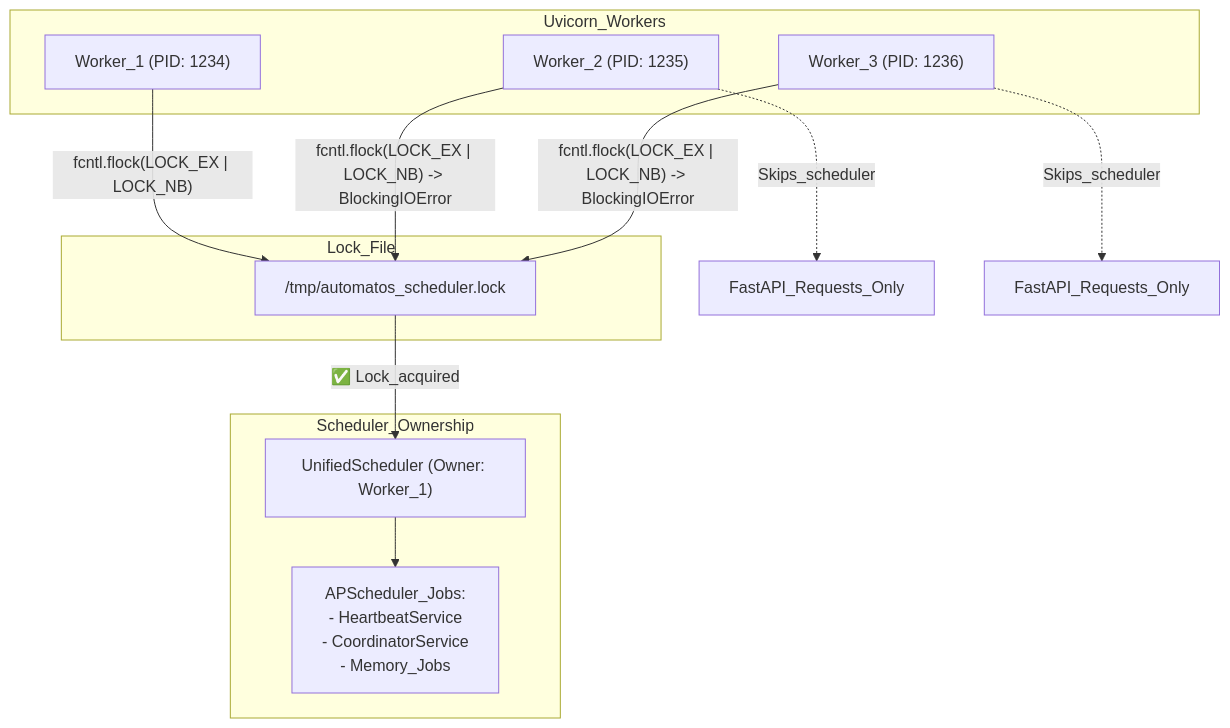
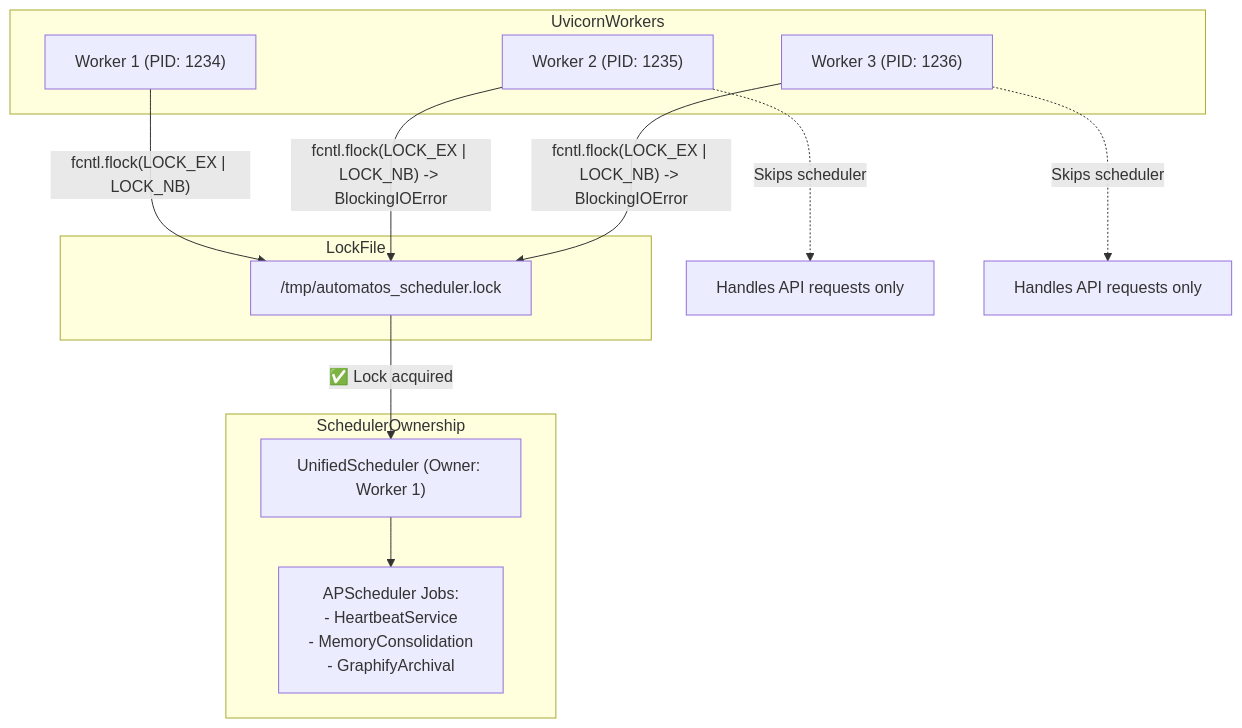
One commit to AutomatosAI/automatos-ai changed the first of 5 diagrams in docs/backend-architecture/background-services.md. Above: the diagram before and after it, drawn with Mermaid. The commit also changed other lines of this file and 153 other files, not shown here.

````diff
--- a/docs/backend-architecture/background-services.md
+++ b/docs/backend-architecture/background-services.md
@@ -56,27 +46,27 @@
 ```mermaid
 graph TB
-    subgraph "Uvicorn_Workers"
-        W1["Worker_1 (PID: 1234)"]
-        W2["Worker_2 (PID: 1235)"]
-        W3["Worker_3 (PID: 1236)"]
+    subgraph "UvicornWorkers"
+        W1["Worker 1 (PID: 1234)"]
+        W2["Worker 2 (PID: 1235)"]
+        W3["Worker 3 (PID: 1236)"]
     end
     
-    subgraph "Lock_File"
+    subgraph "LockFile"
         Lock["/tmp/automatos_scheduler.lock"]
     end
     
-    subgraph "Scheduler_Ownership"
-        Owner["UnifiedScheduler (Owner: Worker_1)"]
-        Jobs["APScheduler_Jobs:<br/>- HeartbeatService<br/>- CoordinatorService<br/>- Memory_Jobs"]
+    subgraph "SchedulerOwnership"
+        Owner["UnifiedScheduler (Owner: Worker 1)"]
+        Jobs["APScheduler Jobs:<br/>- HeartbeatService<br/>- MemoryConsolidation<br/>- GraphifyArchival"]
     end
     
     W1 -->|"fcntl.flock(LOCK_EX | LOCK_NB)"| Lock
     W2 -->|"fcntl.flock(LOCK_EX | LOCK_NB) -> BlockingIOError"| Lock
     W3 -->|"fcntl.flock(LOCK_EX | LOCK_NB) -> BlockingIOError"| Lock
     
-    Lock -->|"✅ Lock_acquired"| Owner
+    Lock -->|"✅ Lock acquired"| Owner
     Owner --> Jobs
     
-    W2 -.->|"Skips_scheduler"| API2["FastAPI_Requests_Only"]
-    W3 -.->|"Skips_scheduler"| API3["FastAPI_Requests_Only"]
+    W2 -.->|"Skips scheduler"| API2["Handles API requests only"]
+    W3 -.->|"Skips scheduler"| API3["Handles API requests only"]
 ```
````
